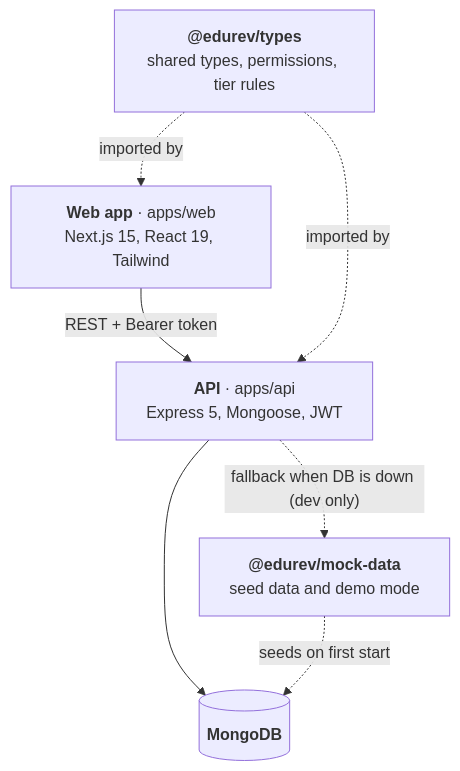
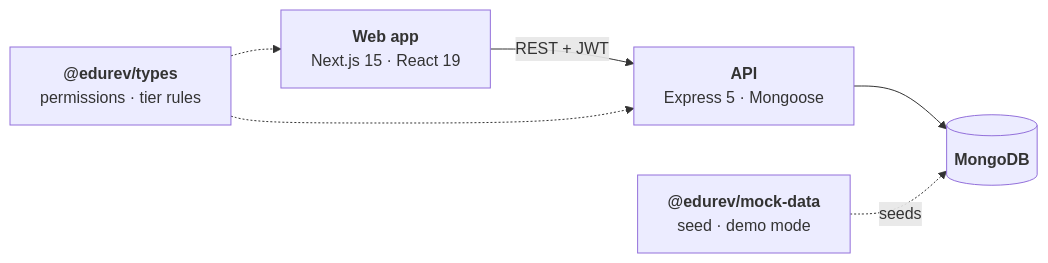
One commit to Siddharth22GIT/edRev changed the diagram in docs/diagrams/architecture.mmd. Above: the diagram before and after it, drawn with Mermaid. The commit also changed 2 other files, not shown here.

Commit message:
docs: restructure README and fix oversized architecture diagram
Architecture diagram is now a wide left-to-right layout and every image
has a fixed display width. README follows a standard project layout:
features, architecture, tech stack, quick start, scripts, structure,
docs and contributing.

```diff
--- a/docs/diagrams/architecture.mmd
+++ b/docs/diagrams/architecture.mmd
@@ -1,13 +1,12 @@
-flowchart TB
-    WEB["<b>Web app</b> · apps/web<br/>Next.js 15, React 19, Tailwind"]
-    API["<b>API</b> · apps/api<br/>Express 5, Mongoose, JWT"]
+flowchart LR
+    WEB["<b>Web app</b><br/>Next.js 15 · React 19"]
+    API["<b>API</b><br/>Express 5 · Mongoose"]
     DB[("<b>MongoDB</b>")]
-    TYPES["<b>@edurev/types</b><br/>shared types, permissions, tier rules"]
-    MOCK["<b>@edurev/mock-data</b><br/>seed data and demo mode"]
+    TYPES["<b>@edurev/types</b><br/>permissions · tier rules"]
+    MOCK["<b>@edurev/mock-data</b><br/>seed · demo mode"]
 
-    WEB -- "REST + Bearer token" --> API
+    WEB -- "REST + JWT" --> API
     API --> DB
-    TYPES -. imported by .-> WEB
-    TYPES -. imported by .-> API
-    MOCK -. "seeds on first start" .-> DB
-    API -. "fallback when DB is down (dev only)" .-> MOCK
+    TYPES -.-> WEB
+    TYPES -.-> API
+    MOCK -. seeds .-> DB
```
